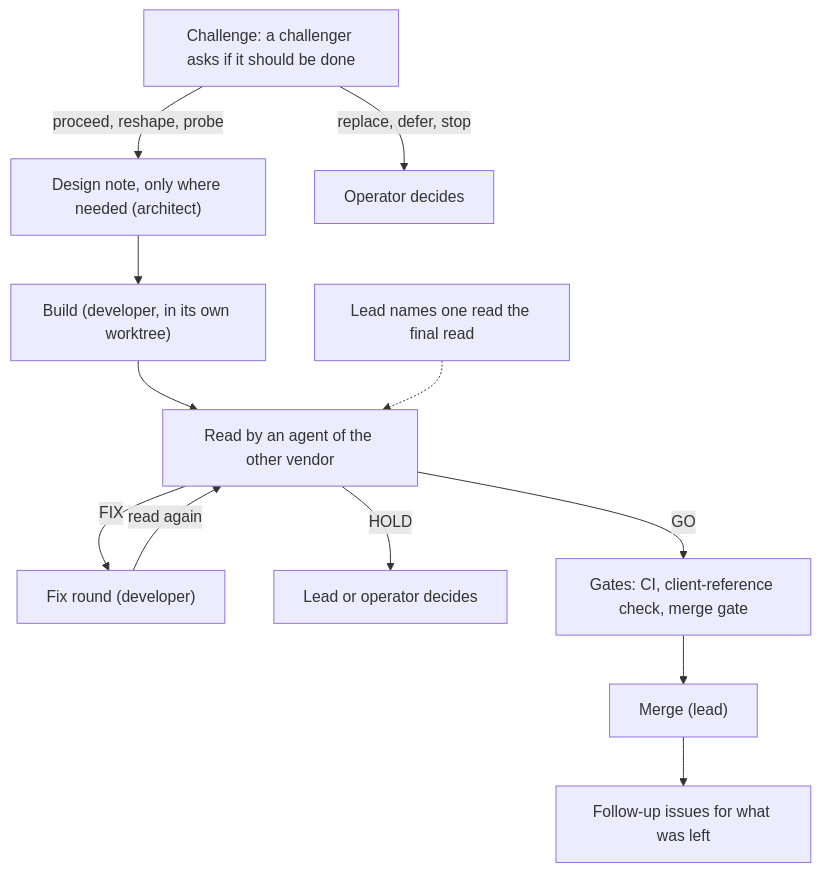
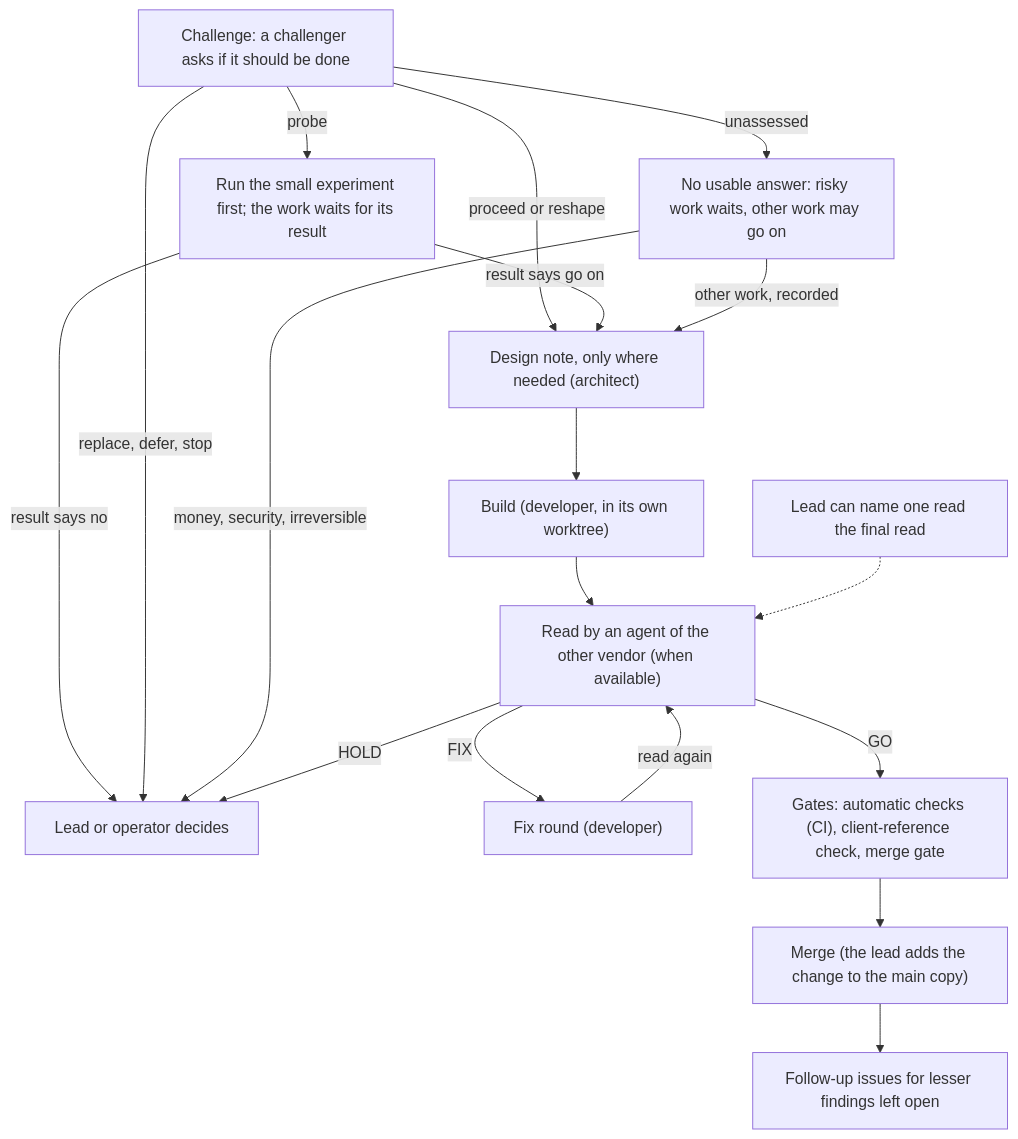
Before and after one commit to zoolok17/agenttalk: the third of 5 diagrams in docs/ROLES-SKILLS-PROCEDURES.md, drawn with Mermaid. The commit also changed other lines of this file, not shown here.

Commit message:
docs(roles): fix the diagrams after the read (final-read exceptions, probe wait, plain terms)

````diff
--- a/docs/ROLES-SKILLS-PROCEDURES.md
+++ b/docs/ROLES-SKILLS-PROCEDURES.md
@@ -65,14 +65,20 @@
 ```mermaid
 flowchart TB
-    CH["Challenge: a challenger asks if it should be done"] -->|"proceed, reshape, probe"| DN["Design note, only where needed (architect)"]
-    CH -->|"replace, defer, stop"| OPD["Operator decides"]
+    CH["Challenge: a challenger asks if it should be done"] -->|"proceed or reshape"| DN["Design note, only where needed (architect)"]
+    CH -->|"probe"| PR["Run the small experiment first; the work waits for its result"]
+    PR -->|"result says go on"| DN
+    PR -->|"result says no"| DEC["Lead or operator decides"]
+    CH -->|"replace, defer, stop"| DEC
+    CH -->|"unassessed"| UA["No usable answer: risky work waits, other work may go on"]
+    UA -->|"other work, recorded"| DN
+    UA -->|"money, security, irreversible"| DEC
     DN --> BU["Build (developer, in its own worktree)"]
-    BU --> RD["Read by an agent of the other vendor"]
+    BU --> RD["Read by an agent of the other vendor (when available)"]
     RD -->|"FIX"| FX["Fix round (developer)"]
     FX -->|"read again"| RD
-    RD -->|"HOLD"| LD["Lead or operator decides"]
-    RD -->|"GO"| GT["Gates: CI, client-reference check, merge gate"]
-    FRN["Lead names one read the final read"] -.-> RD
-    GT --> MG["Merge (lead)"]
-    MG --> FU["Follow-up issues for what was left"]
+    RD -->|"HOLD"| DEC
+    RD -->|"GO"| GT["Gates: automatic checks (CI), client-reference check, merge gate"]
+    FRN["Lead can name one read the final read"] -.-> RD
+    GT --> MG["Merge (the lead adds the change to the main copy)"]
+    MG --> FU["Follow-up issues for lesser findings left open"]
 ```
````
